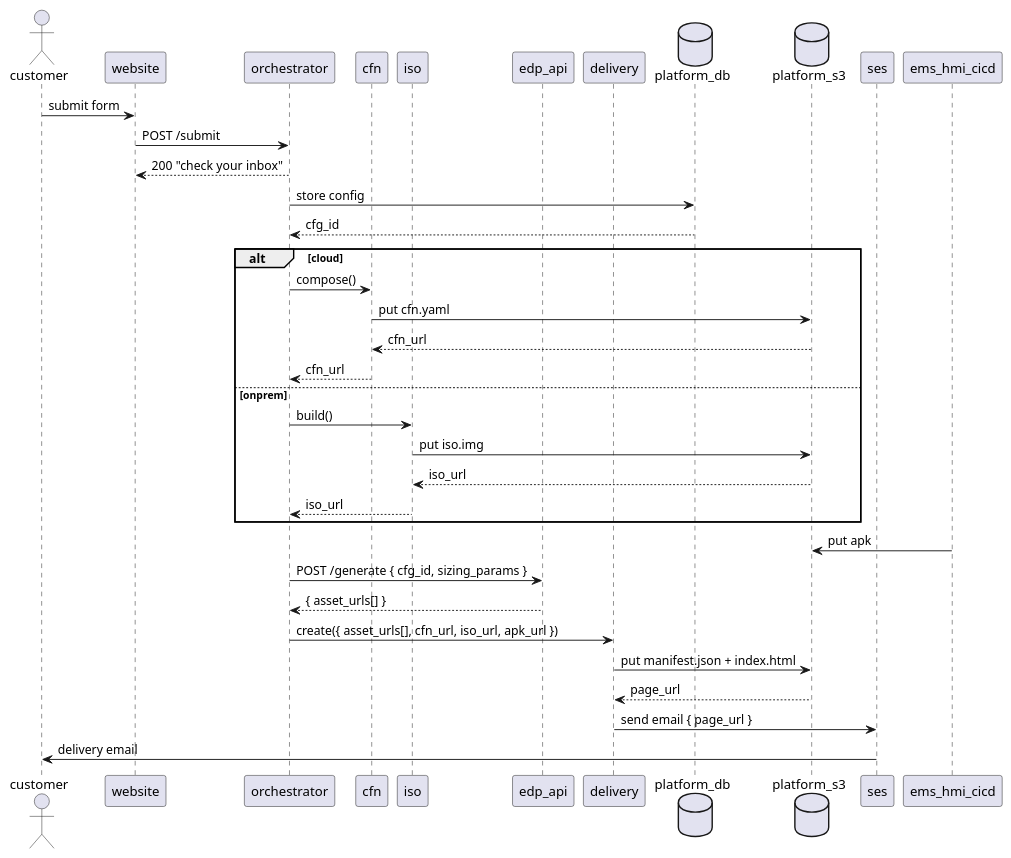
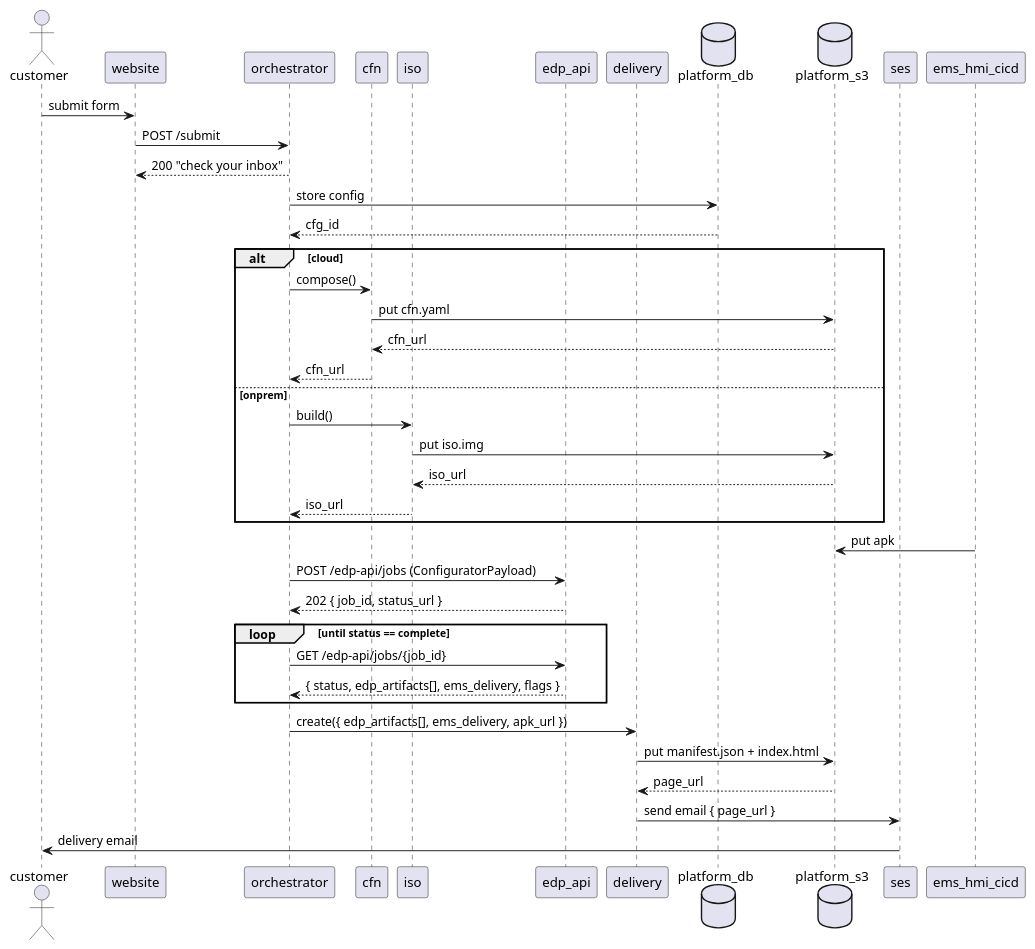
Before and after one commit to arcnode-io/platform-api: the second of 2 diagrams in readme.md, drawn with PlantUML. The commit also changed 22 other files, not shown here.

First line of the commit message:
🧹 chore: drop call_api + example scaffold, prep for orchestrator

````diff
--- a/readme.md
+++ b/readme.md
@@ -49,41 +49,45 @@
 ```plantuml
 actor customer
 participant website
 participant orchestrator
 participant cfn
 participant iso
 participant edp_api
 participant delivery
 database platform_db
 database platform_s3
 participant ses
 participant ems_hmi_cicd
 
 customer -> website : submit form
 website -> orchestrator : POST /submit
 orchestrator --> website : 200 "check your inbox"
 orchestrator -> platform_db : store config
 platform_db --> orchestrator : cfg_id
 alt cloud
     orchestrator -> cfn : compose()
     cfn -> platform_s3 : put cfn.yaml
     platform_s3 --> cfn : cfn_url
     cfn --> orchestrator : cfn_url
 else onprem
     orchestrator -> iso : build()
     iso -> platform_s3 : put iso.img
     platform_s3 --> iso : iso_url
     iso --> orchestrator : iso_url
 end
 
 ems_hmi_cicd -> platform_s3 : put apk
 
-orchestrator -> edp_api : POST /generate { cfg_id, sizing_params }
-edp_api --> orchestrator : { asset_urls[] }
+orchestrator -> edp_api : POST /edp-api/jobs (ConfiguratorPayload)
+edp_api --> orchestrator : 202 { job_id, status_url }
+loop until status == complete
+    orchestrator -> edp_api : GET /edp-api/jobs/{job_id}
+    edp_api --> orchestrator : { status, edp_artifacts[], ems_delivery, flags }
+end
 
-orchestrator -> delivery : create({ asset_urls[], cfn_url, iso_url, apk_url })
+orchestrator -> delivery : create({ edp_artifacts[], ems_delivery, apk_url })
 delivery -> platform_s3 : put manifest.json + index.html
 platform_s3 --> delivery : page_url
 delivery -> ses : send email { page_url }
 ses -> customer : delivery email
 ```
````
